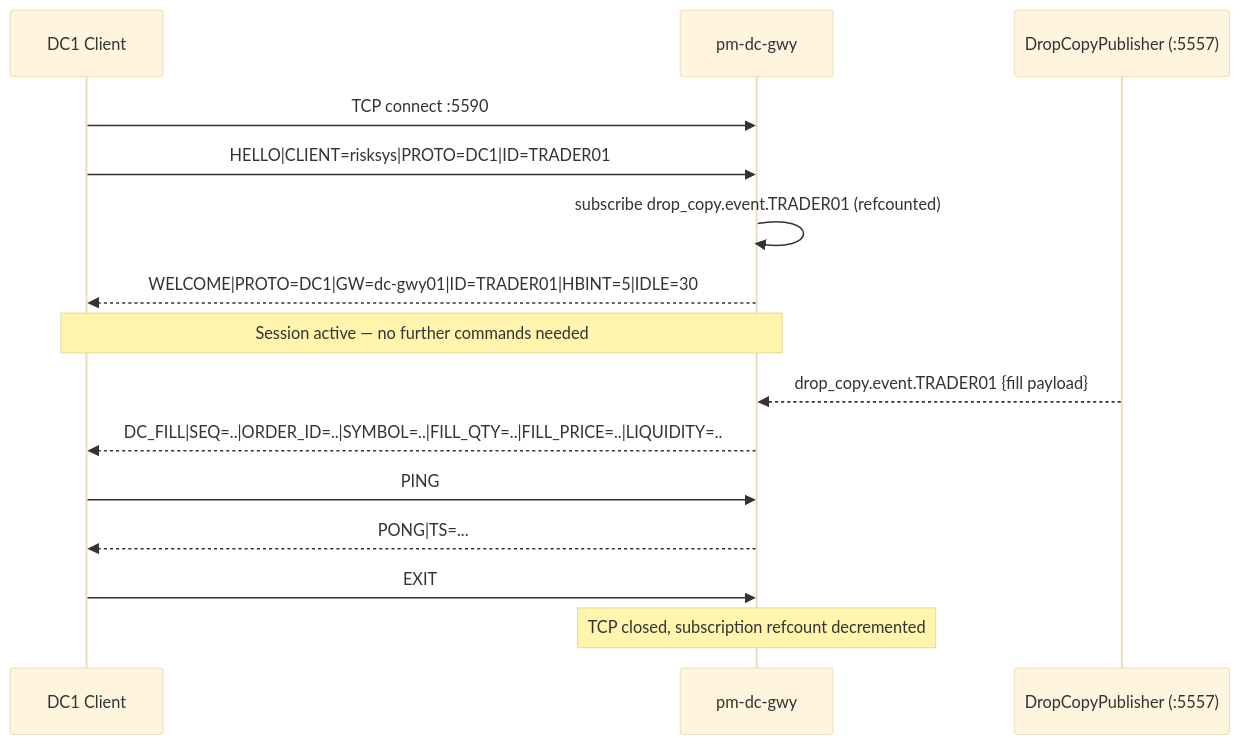
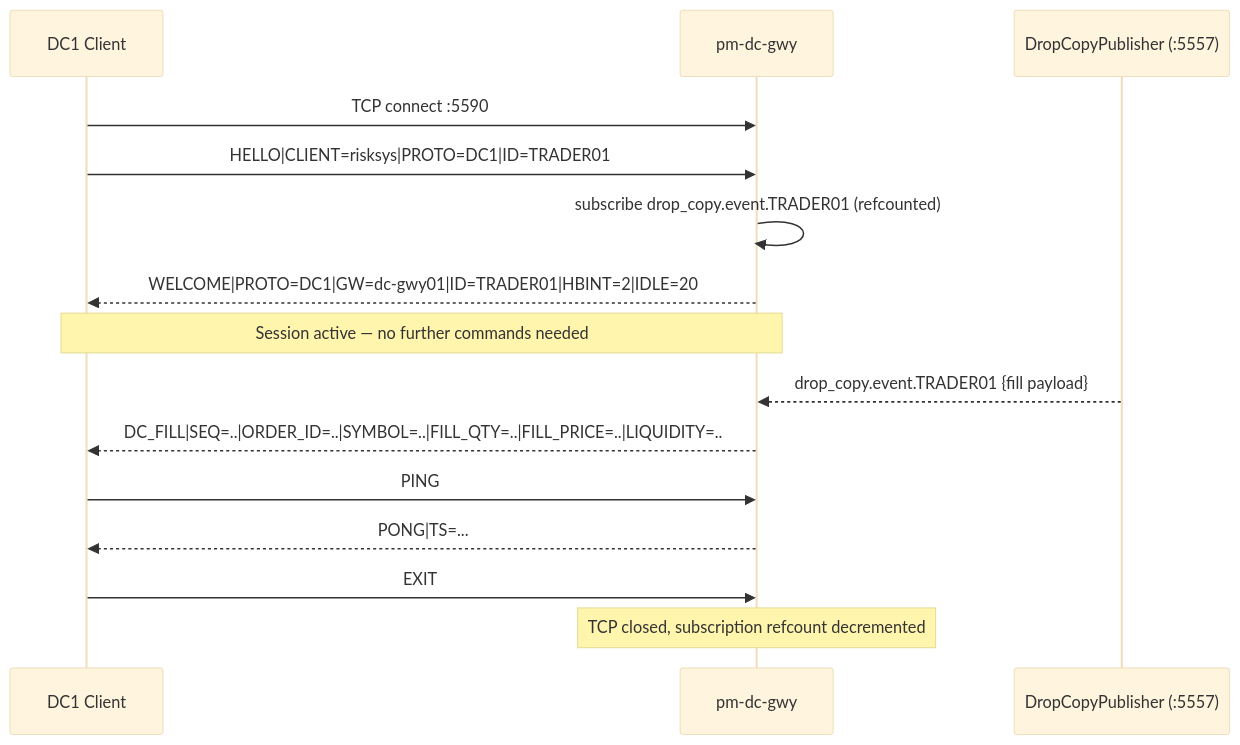
Before and after one commit to johan162/EduMatcher: the second of 2 diagrams in docs/books/operator-guide/part-5-gateways/060-drop-copy-gateway.md, drawn with Mermaid (base theme). The commit also changed other lines of this file and 53 other files, not shown here.

````diff
--- a/docs/books/operator-guide/part-5-gateways/060-drop-copy-gateway.md
+++ b/docs/books/operator-guide/part-5-gateways/060-drop-copy-gateway.md
@@ -190,18 +190,18 @@
 ```mermaid
 sequenceDiagram
     participant C as DC1 Client
     participant G as pm-dc-gwy
     participant D as DropCopyPublisher (:5557)
 
     C->>G: TCP connect :5590
     C->>G: HELLO|CLIENT=risksys|PROTO=DC1|ID=TRADER01
     G->>G: subscribe drop_copy.event.TRADER01 (refcounted)
-    G-->>C: WELCOME|PROTO=DC1|GW=dc-gwy01|ID=TRADER01|HBINT=5|IDLE=30
+    G-->>C: WELCOME|PROTO=DC1|GW=dc-gwy01|ID=TRADER01|HBINT=2|IDLE=20
     Note over C,G: Session active — no further commands needed
     D-->>G: drop_copy.event.TRADER01 {fill payload}
     G-->>C: DC_FILL|SEQ=..|ORDER_ID=..|SYMBOL=..|FILL_QTY=..|FILL_PRICE=..|LIQUIDITY=..
     C->>G: PING
     G-->>C: PONG|TS=...
     C->>G: EXIT
     Note over G: TCP closed, subscription refcount decremented
 ```
````
